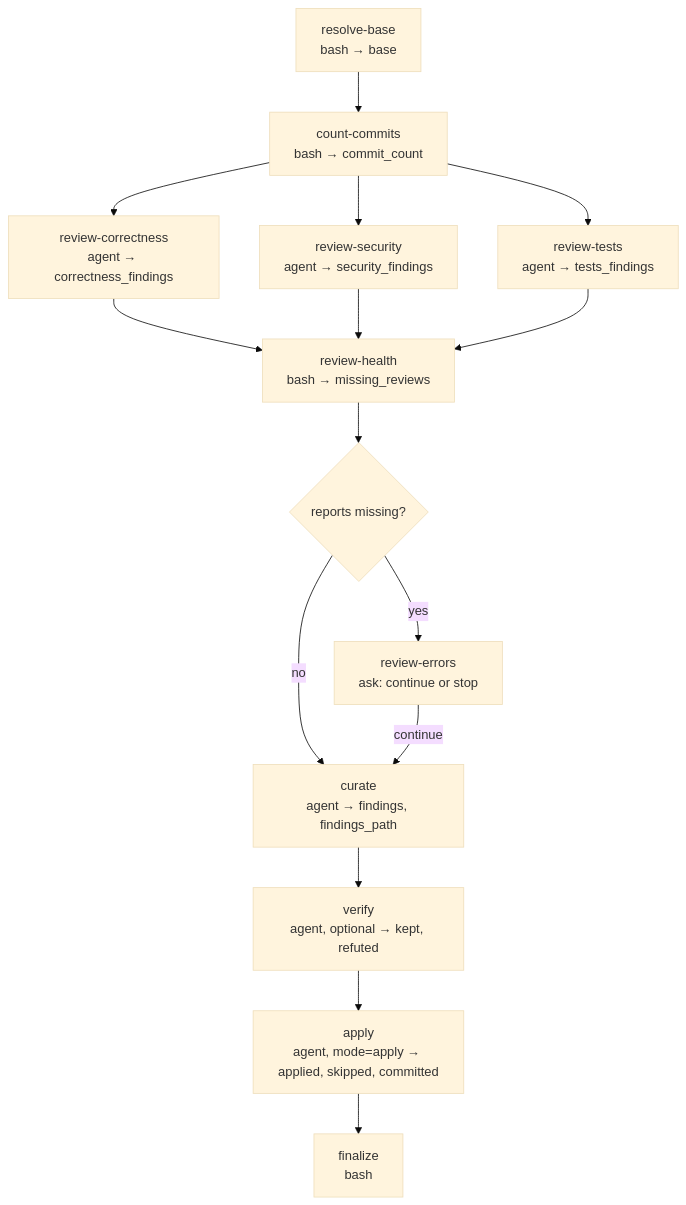
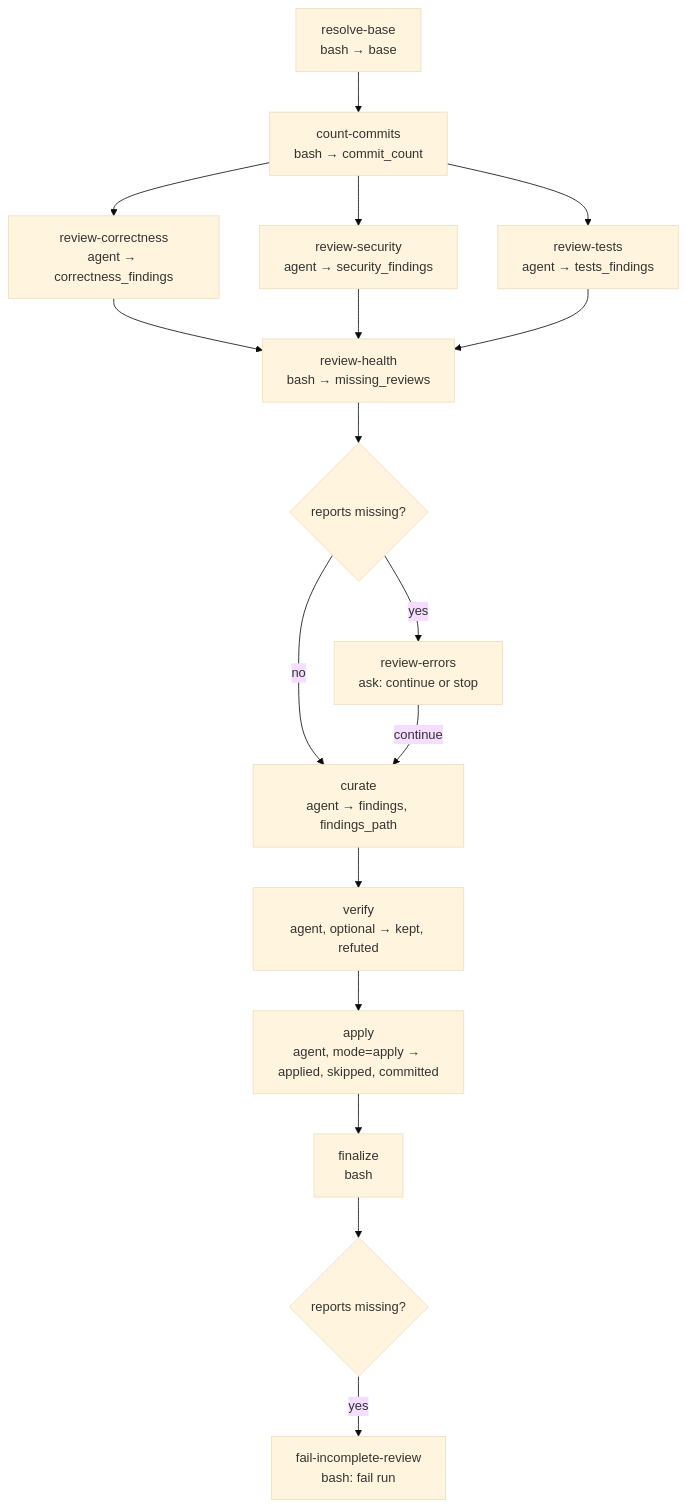
Before and after one commit to e1024kb/wise-claude: the diagram in plugins/wise/workflows/code-review/README.md, drawn with Mermaid (base theme). The commit also changed other lines of this file and 14 other files, not shown here.

````diff
--- a/plugins/wise/workflows/code-review/README.md
+++ b/plugins/wise/workflows/code-review/README.md
@@ -58,17 +58,19 @@
 ```mermaid
 flowchart TD
     A[resolve-base<br/>bash → base] --> B[count-commits<br/>bash → commit_count]
     B --> C[review-correctness<br/>agent → correctness_findings]
     B --> D[review-security<br/>agent → security_findings]
     B --> E[review-tests<br/>agent → tests_findings]
     C --> J[review-health<br/>bash → missing_reviews]
     D --> J
     E --> J
     J --> K{reports missing?}
     K -->|yes| L[review-errors<br/>ask: continue or stop]
     K -->|no| F[curate<br/>agent → findings, findings_path]
     L -->|continue| F
     F --> G[verify<br/>agent, optional → kept, refuted]
     G --> H[apply<br/>agent, mode=apply → applied, skipped, committed]
     H --> I[finalize<br/>bash]
+    I --> M{reports missing?}
+    M -->|yes| N[fail-incomplete-review<br/>bash: fail run]
 ```
````
